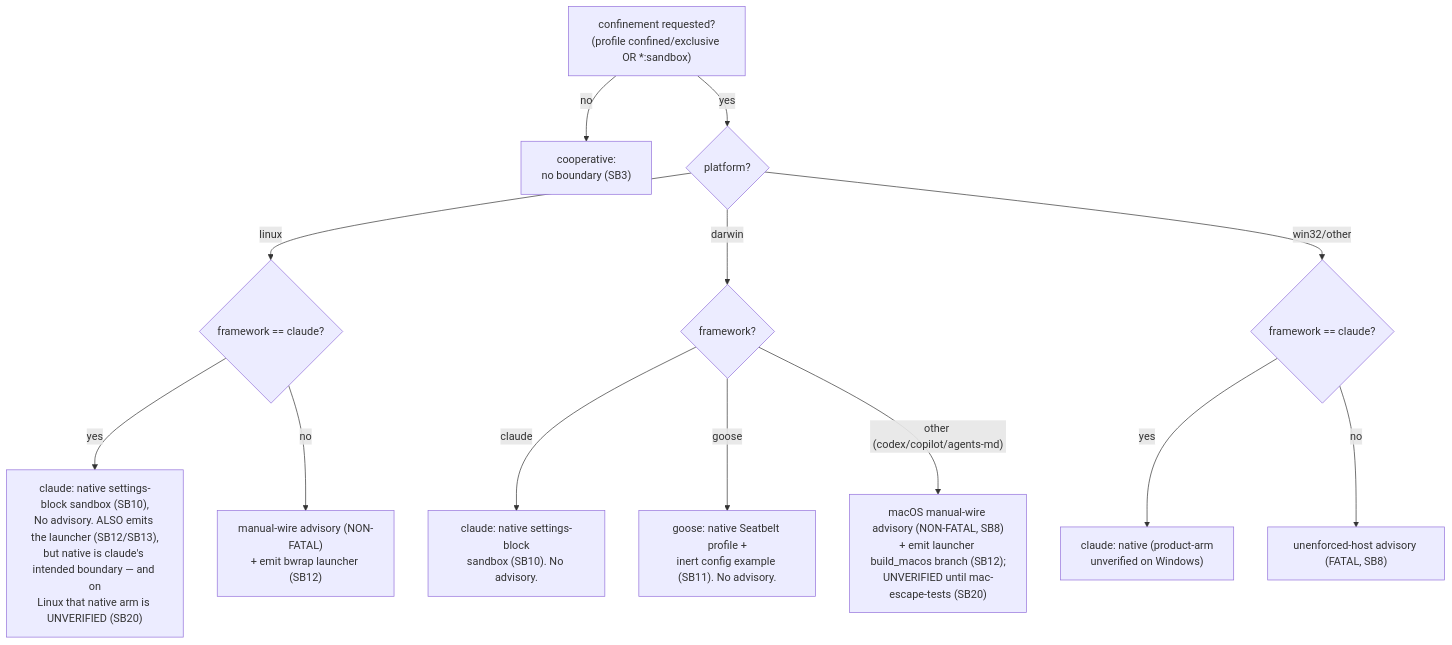
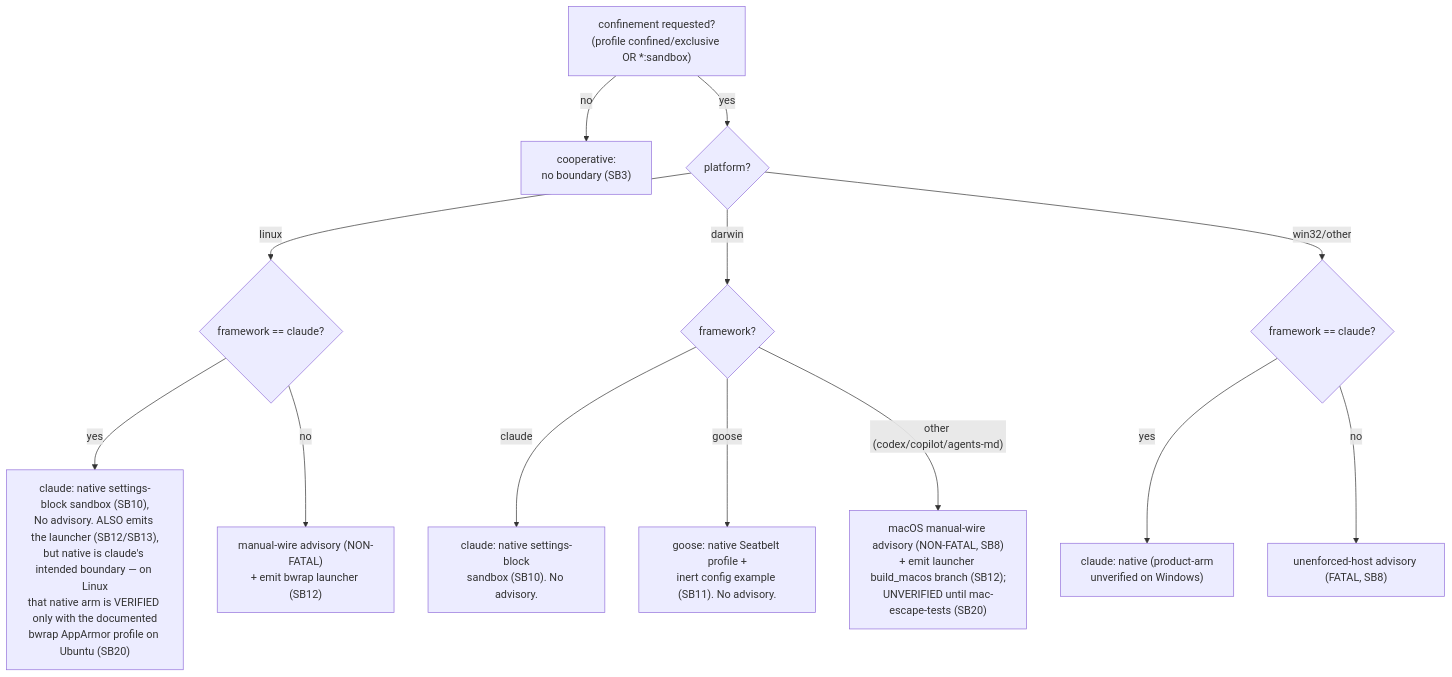
The diagram in docs_src/agentteams-sandboxing-guide/reference/part-iii-the-decision.md (jlcatonjr/agentteams), drawn with Mermaid before and after one commit. The commit also changed other lines of this file and 26 other files, not shown here.

First line of the commit message:
docs(sandbox): mark the Claude Code sandbox arm verified on Linux (with its AppArmor precondition) (#82)

````diff
--- a/docs_src/agentteams-sandboxing-guide/reference/part-iii-the-decision.md
+++ b/docs_src/agentteams-sandboxing-guide/reference/part-iii-the-decision.md
@@ -25,15 +25,15 @@
 ```mermaid
 flowchart TD
     Q["confinement requested?<br/>(profile confined/exclusive OR *:sandbox)"] -->|no| COOP["cooperative:<br/>no boundary (SB3)"]
     Q -->|yes| P{"platform?"}
     P -->|linux| FW{"framework == claude?"}
-    FW -->|yes| CNL["claude: native settings-block sandbox (SB10),<br/>No advisory. ALSO emits the launcher (SB12/SB13),<br/>but native is claude's intended boundary — and on<br/>Linux that native arm is UNVERIFIED (SB20)"]
+    FW -->|yes| CNL["claude: native settings-block sandbox (SB10),<br/>No advisory. ALSO emits the launcher (SB12/SB13),<br/>but native is claude's intended boundary — on Linux<br/>that native arm is VERIFIED only with the documented<br/>bwrap AppArmor profile on Ubuntu (SB20)"]
     FW -->|no| ML["manual-wire advisory (NON-FATAL)<br/>+ emit bwrap launcher (SB12)"]
     P -->|darwin| DF{"framework?"}
     DF -->|claude| CN["claude: native settings-block<br/>sandbox (SB10). No advisory."]
     DF -->|goose| SB["goose: native Seatbelt profile +<br/>inert config example (SB11). No advisory."]
     DF -->|"other (codex/copilot/agents-md)"| MM["macOS manual-wire advisory (NON-FATAL, SB8)<br/>+ emit launcher build_macos branch (SB12);<br/>UNVERIFIED until mac-escape-tests (SB20)"]
     P -->|win32/other| W2{"framework == claude?"}
     W2 -->|yes| CW["claude: native (product-arm<br/>unverified on Windows)"]
     W2 -->|no| UH["unenforced-host advisory (FATAL, SB8)"]
 ```
````
